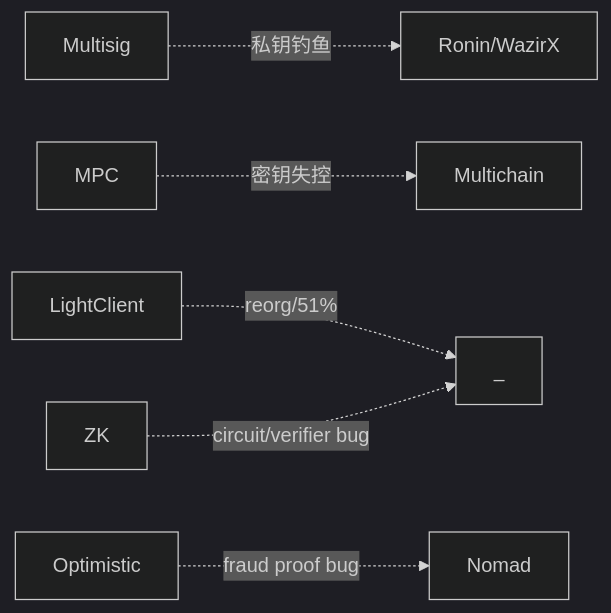
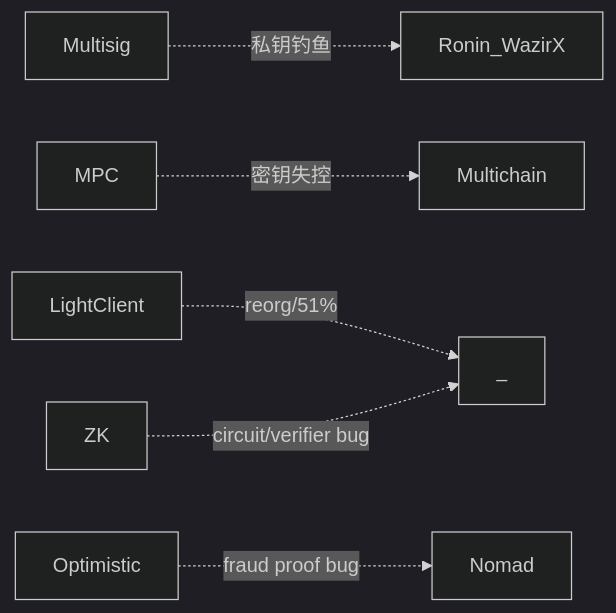
The seventh of 8 diagrams in web3-engineer-guide/05-智能合约安全/README.md (ChuwuYo/misc-files), drawn with Mermaid (dark theme) before and after one commit. The commit also changed other lines of this file and 211 other files, not shown here.

````diff
--- a/web3-engineer-guide/05-智能合约安全/README.md
+++ b/web3-engineer-guide/05-智能合约安全/README.md
@@ -673,8 +540,8 @@
 ```mermaid
 flowchart LR
-    Multisig -.->|私钥钓鱼| Ronin/WazirX
+    Multisig -.->|私钥钓鱼| Ronin_WazirX
     MPC -.->|密钥失控| Multichain
     LightClient -.->|reorg/51%| _
     Optimistic -.->|fraud proof bug| Nomad
     ZK -.->|circuit/verifier bug| _
 ```
````
